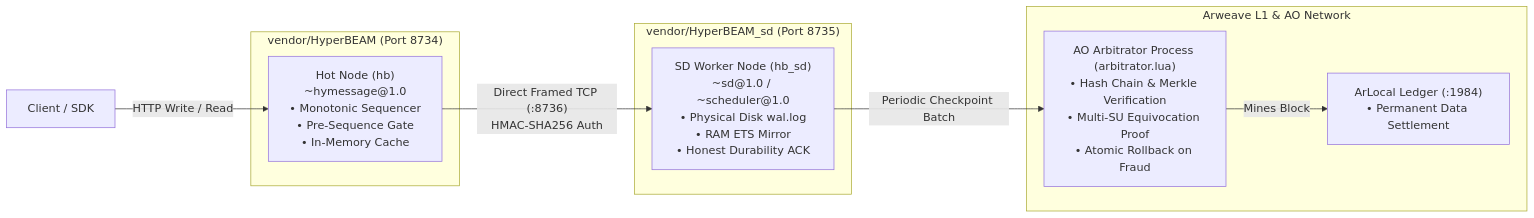
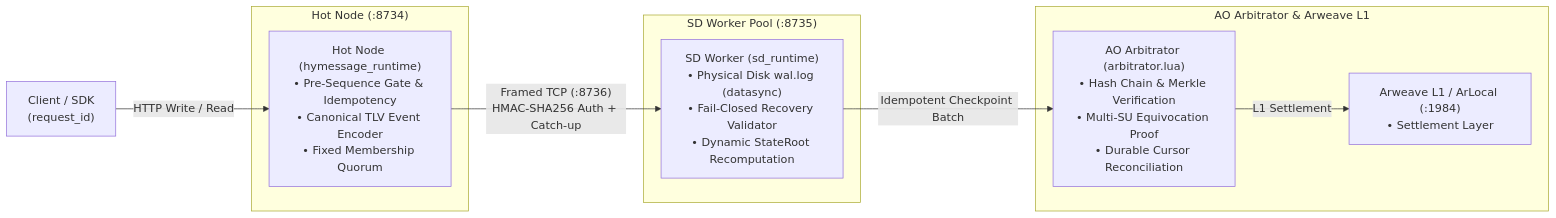
The second of 2 diagrams in README.md (Wesslurr/database-stack-on-permaweb), drawn with Mermaid before and after one commit. The commit also changed other lines of this file and 4 other files, not shown here.

Commit message:
docs(release-gate): synchronize protocol guarantees, failure boundaries, and release gate verification (Phase 07)

````diff
--- a/README.md
+++ b/README.md
@@ -61,22 +59,22 @@
 ```mermaid
 flowchart LR
-    Client["Client / SDK"] -->|"HTTP Write / Read"| HotNode
+    Client["Client / SDK<br/>(request_id)"] -->|"HTTP Write / Read"| HotNode
     
-    subgraph HotBox ["vendor/HyperBEAM (Port 8734)"]
-        HotNode["Hot Node (hb)<br/>~hymessage@1.0<br/>• Monotonic Sequencer<br/>• Pre-Sequence Gate<br/>• In-Memory Cache"]
+    subgraph HotBox ["Hot Node (:8734)"]
+        HotNode["Hot Node (hymessage_runtime)<br/>• Pre-Sequence Gate & Idempotency<br/>• Canonical TLV Event Encoder<br/>• Fixed Membership Quorum"]
     end
 
-    HotNode -->|"Direct Framed TCP (:8736)<br/>HMAC-SHA256 Auth"| SDNode
+    HotNode -->|"Framed TCP (:8736)<br/>HMAC-SHA256 Auth + Catch-up"| SDNode
 
-    subgraph SDBox ["vendor/HyperBEAM_sd (Port 8735)"]
-        SDNode["SD Worker Node (hb_sd)<br/>~sd@1.0 / ~scheduler@1.0<br/>• Physical Disk wal.log<br/>• RAM ETS Mirror<br/>• Honest Durability ACK"]
+    subgraph SDBox ["SD Worker Pool (:8735)"]
+        SDNode["SD Worker (sd_runtime)<br/>• Physical Disk wal.log (datasync)<br/>• Fail-Closed Recovery Validator<br/>• Dynamic StateRoot Recomputation"]
     end
 
-    SDNode -->|"Periodic Checkpoint Batch"| AO
+    SDNode -->|"Idempotent Checkpoint Batch"| AO
 
-    subgraph ArweaveAO ["Arweave L1 & AO Network"]
-        AO["AO Arbitrator Process (arbitrator.lua)<br/>• Hash Chain & Merkle Verification<br/>• Multi-SU Equivocation Proof<br/>• Atomic Rollback on Fraud"]
-        ArLocal["ArLocal Ledger (:1984)<br/>• Permanent Data Settlement"]
-        AO -->|"Mines Block"| ArLocal
+    subgraph ArweaveAO ["AO Arbitrator & Arweave L1"]
+        AO["AO Arbitrator (arbitrator.lua)<br/>• Hash Chain & Merkle Verification<br/>• Multi-SU Equivocation Proof<br/>• Durable Cursor Reconciliation"]
+        ArLocal["Arweave L1 / ArLocal (:1984)<br/>• Settlement Layer"]
+        AO -->|"L1 Settlement"| ArLocal
     end
 ```
````
